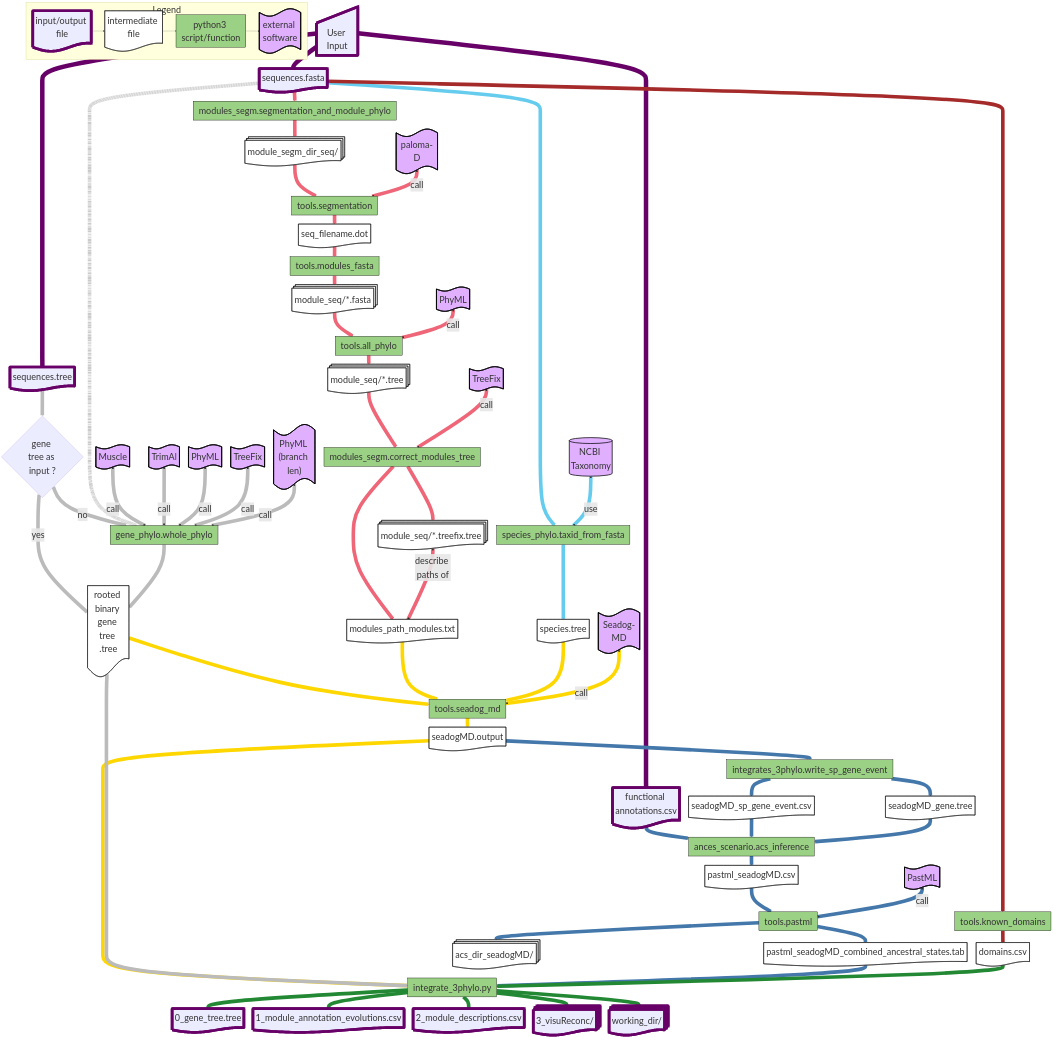
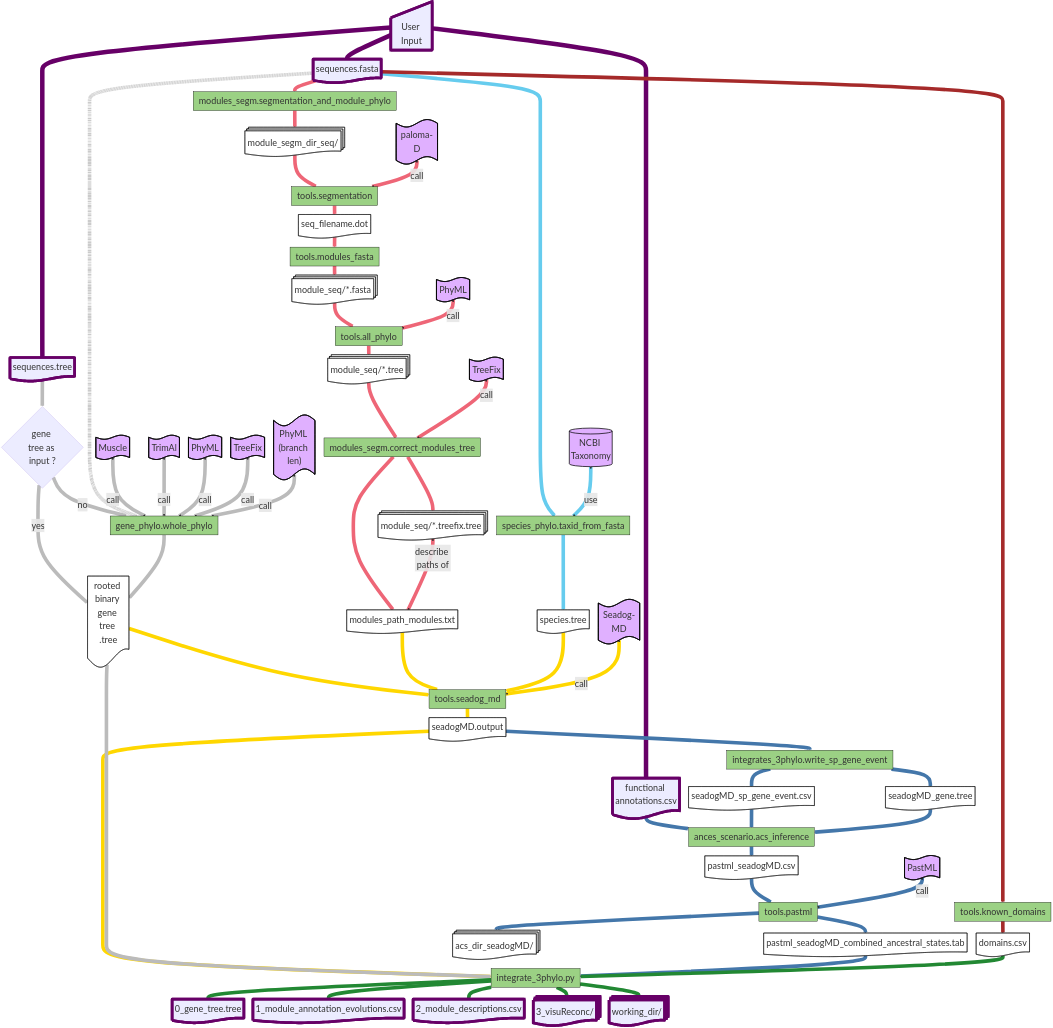
One commit to OcMalde/fuse-phylotree changed the second of 2 diagrams in README.md. Above: the diagram before and after it, drawn with Mermaid. The commit also changed other lines of this file, not shown here.

```diff
--- a/README.md
+++ b/README.md
@@ -153,13 +183,6 @@
 linkStyle 56 stroke:#228833, stroke-width:20px
 linkStyle 57 stroke:#228833, stroke-width:20px
 
-subgraph Legend
-      direction LR
-      l1@{ shape: doc, label: "input/output file" } --> l2@{ shape: doc, label: "intermediate file" }
-      l2 --> l3[python3 script/function]
-      l3 --> l4@{ shape: flag, label: "external software" }
-end
-
 classDef tools fill:#E0B0FF,stroke:#000,stroke-width:4px;
 class m5,m9,m11,g4,g5,g6,g7,g8,s2,r2,a4,l4 tools
 
```
